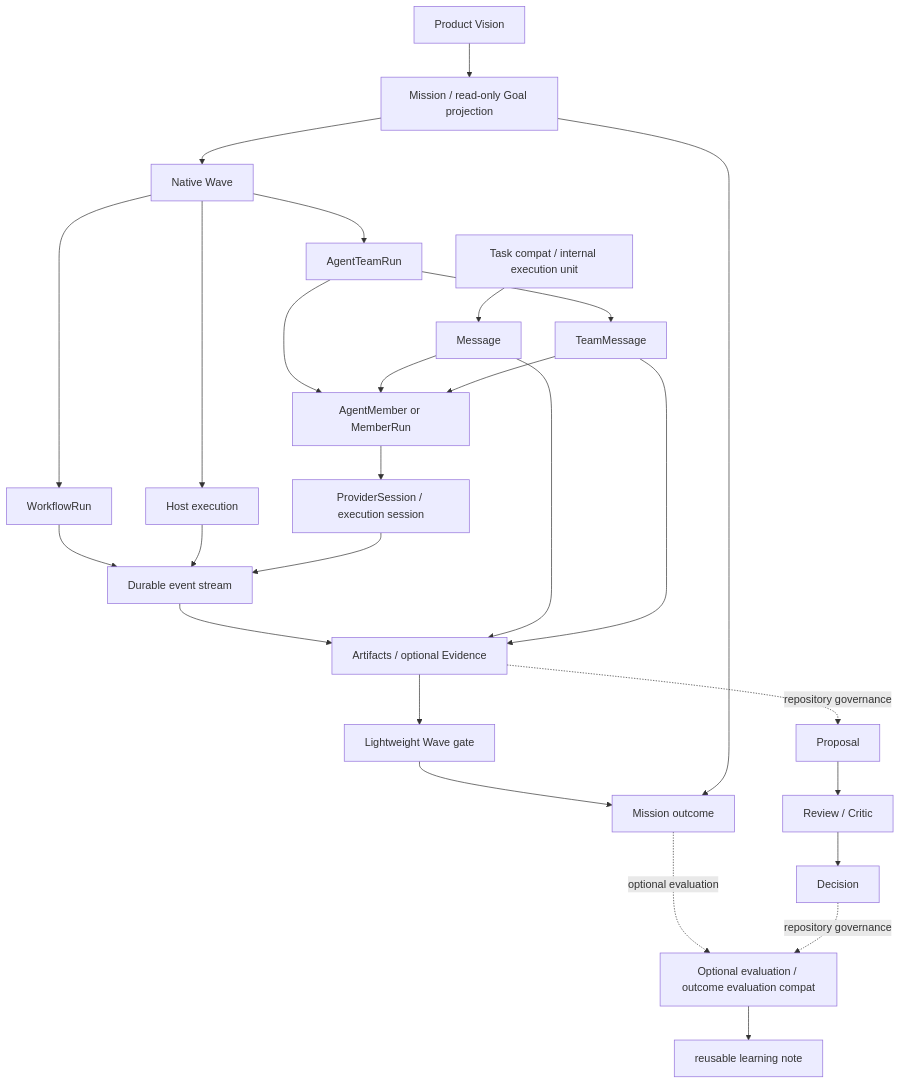
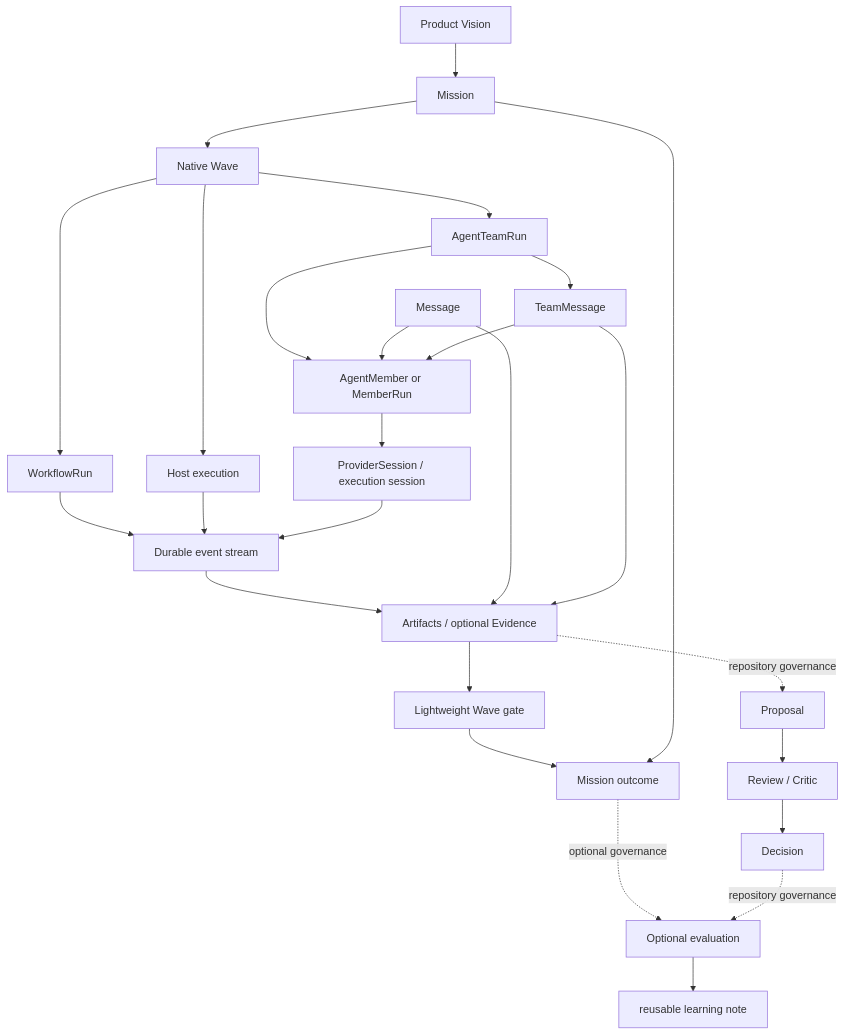
One commit to cyl19970726/multi-agent-harness changed the diagram in docs/concept-model.md. Above: the diagram before and after it, drawn with Mermaid. The commit also changed other lines of this file and 25 other files, not shown here.

Commit message:
docs: converge mission wave execution contracts

````diff
--- a/docs/concept-model.md
+++ b/docs/concept-model.md
@@ -40,50 +37,48 @@
 ```mermaid
 flowchart TD
   Vision[Product Vision]
-  Mission[Mission / read-only Goal projection]
+  Mission[Mission]
   Wave[Native Wave]
   TeamRun[AgentTeamRun]
   WorkflowRun[WorkflowRun]
   HostExec[Host execution]
-  Task[Task compat / internal execution unit]
   Message[Message]
   TeamMessage[TeamMessage]
   Member[AgentMember or MemberRun]
   Provider[ProviderSession / execution session]
   Event[Durable event stream]
   Evidence[Artifacts / optional Evidence]
   Gate[Lightweight Wave gate]
   Outcome[Mission outcome]
   Proposal[Proposal]
   Review[Review / Critic]
   Decision[Decision]
-  Eval[Optional evaluation / outcome evaluation compat]
+  Eval[Optional evaluation]
   Case[reusable learning note]
 
   Vision --> Mission
   Mission --> Wave
   Wave --> TeamRun
   Wave --> WorkflowRun
   Wave --> HostExec
   TeamRun --> TeamMessage
   TeamRun --> Member
   WorkflowRun --> Event
   HostExec --> Event
-  Task --> Message
   Message --> Member
   TeamMessage --> Member
   Member --> Provider
   Provider --> Event
   Event --> Evidence
   Message --> Evidence
   TeamMessage --> Evidence
   Evidence --> Gate
   Gate --> Outcome
   Mission --> Outcome
-  Outcome -. optional evaluation .-> Eval
+  Outcome -. optional governance .-> Eval
   Evidence -. repository governance .-> Proposal
   Proposal --> Review
   Review --> Decision
   Decision -. repository governance .-> Eval
   Eval --> Case
 ```
````
